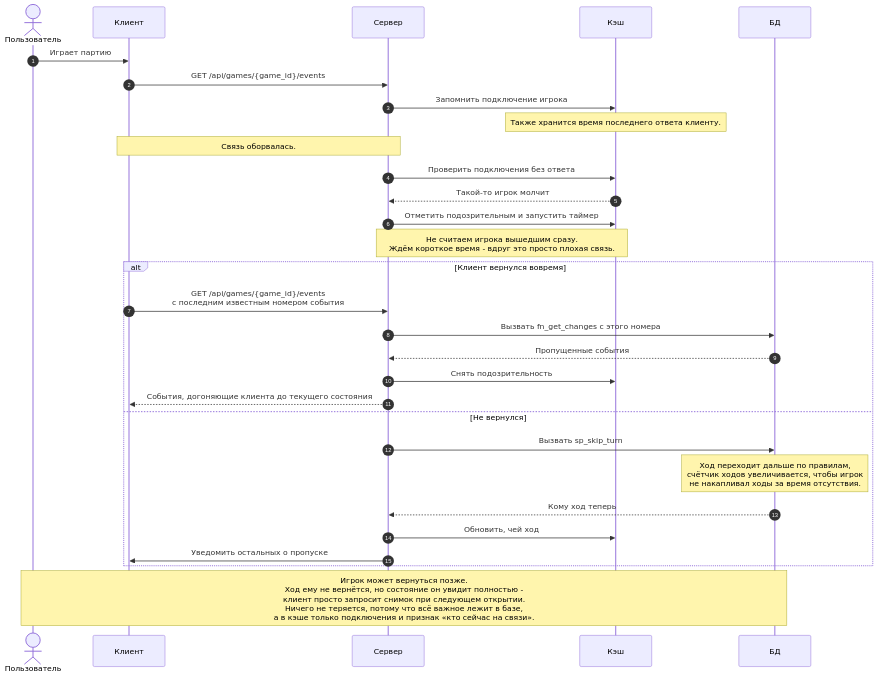
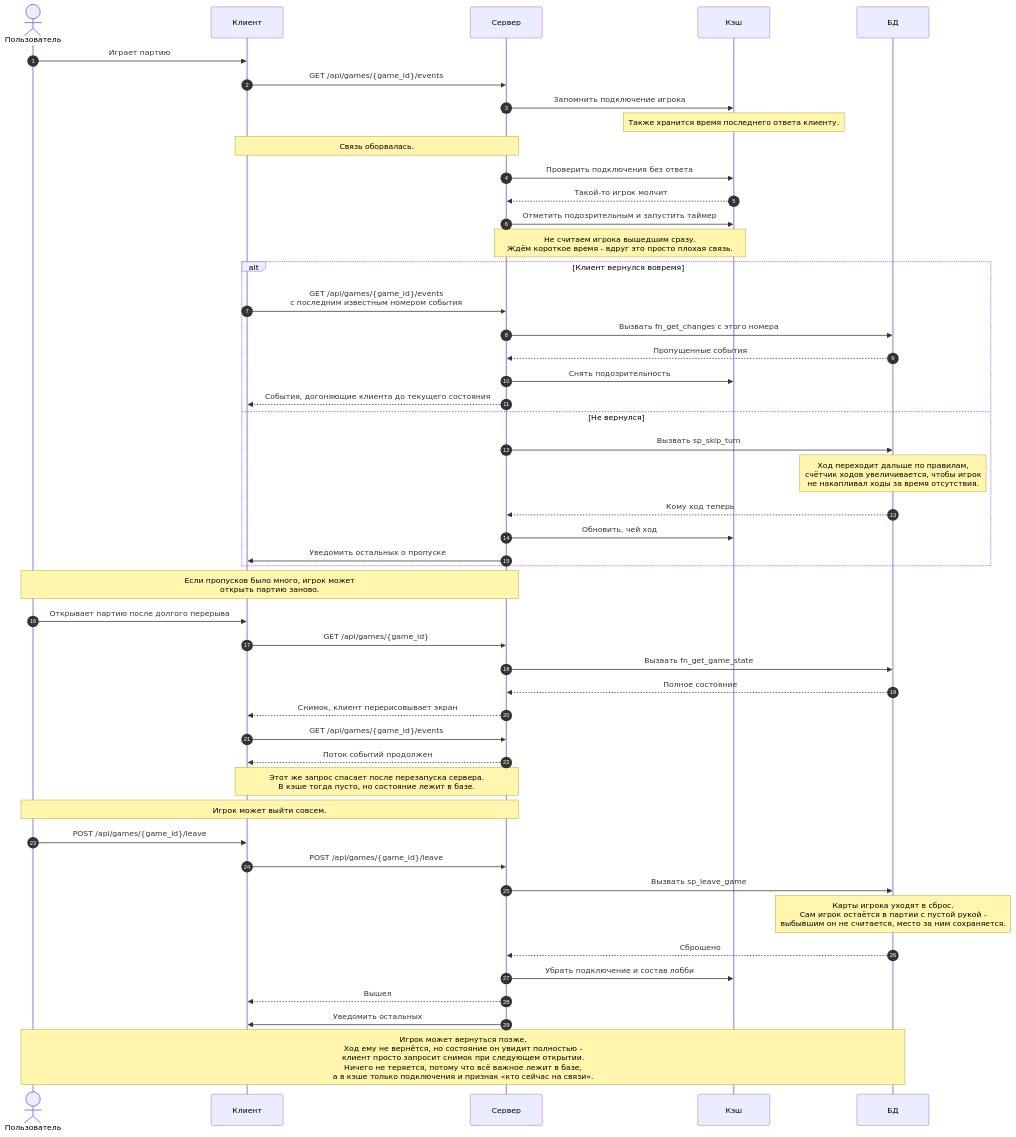
Before and after one commit to docup1/edin-game: the diagram in diagrams/04-reconnect-skip.mmd, drawn with Mermaid. The commit also changed 5 other files, not shown here.

```diff
--- a/diagrams/04-reconnect-skip.mmd
+++ b/diagrams/04-reconnect-skip.mmd
@@ -1,38 +1,61 @@
 %% Обрыв связи, переподключение и пропуск хода.
 %% Подключение игрока - в кэше, события не теряются, потому что лежат в базе.
 sequenceDiagram
     autonumber
     actor U as Пользователь
     participant C as Клиент
     participant S as Сервер
     participant K as Кэш
     participant D as БД
 
     U->>C: Играет партию
     C->>S: GET /api/games/{game_id}/events
     S->>K: Запомнить подключение игрока
     Note over K: Также хранится время последнего ответа клиенту.
 
     Note over C,S: Связь оборвалась.
 
     S->>K: Проверить подключения без ответа
     K-->>S: Такой-то игрок молчит
     S->>K: Отметить подозрительным и запустить таймер
 
     Note over S,K: Не считаем игрока вышедшим сразу.<br/>Ждём короткое время - вдруг это просто плохая связь.
 
     alt Клиент вернулся вовремя
         C->>S: GET /api/games/{game_id}/events<br/>с последним известным номером события
         S->>D: Вызвать fn_get_changes с этого номера
         D-->>S: Пропущенные события
         S->>K: Снять подозрительность
         S-->>C: События, догоняющие клиента до текущего состояния
     else Не вернулся
         S->>D: Вызвать sp_skip_turn
         Note over D: Ход переходит дальше по правилам,<br/>счётчик ходов увеличивается, чтобы игрок<br/>не накапливал ходы за время отсутствия.
         D-->>S: Кому ход теперь
         S->>K: Обновить, чей ход
         S->>C: Уведомить остальных о пропуске
     end
 
+    Note over U,S: Если пропусков было много, игрок может<br/>открыть партию заново.
+
+    U->>C: Открывает партию после долгого перерыва
+    C->>S: GET /api/games/{game_id}
+    S->>D: Вызвать fn_get_game_state
+    D-->>S: Полное состояние
+    S-->>C: Снимок, клиент перерисовывает экран
+    C->>S: GET /api/games/{game_id}/events
+    S-->>C: Поток событий продолжен
+
+    Note over C,S: Этот же запрос спасает после перезапуска сервера.<br/>В кэше тогда пусто, но состояние лежит в базе.
+
+    Note over U,S: Игрок может выйти совсем.
+
+    U->>C: POST /api/games/{game_id}/leave
+    C->>S: POST /api/games/{game_id}/leave
+    S->>D: Вызвать sp_leave_game
+    Note over D: Карты игрока уходят в сброс.<br/>Сам игрок остаётся в партии с пустой рукой -<br/>выбывшим он не считается, место за ним сохраняется.
+    D-->>S: Сброшено
+    S->>K: Убрать подключение и состав лобби
+    S-->>C: Вышел
+    S->>C: Уведомить остальных
+
     Note over U,D: Игрок может вернуться позже.<br/>Ход ему не вернётся, но состояние он увидит полностью -<br/>клиент просто запросит снимок при следующем открытии.<br/>Ничего не теряется, потому что всё важное лежит в базе,<br/>а в кэше только подключения и признак «кто сейчас на связи».
```
